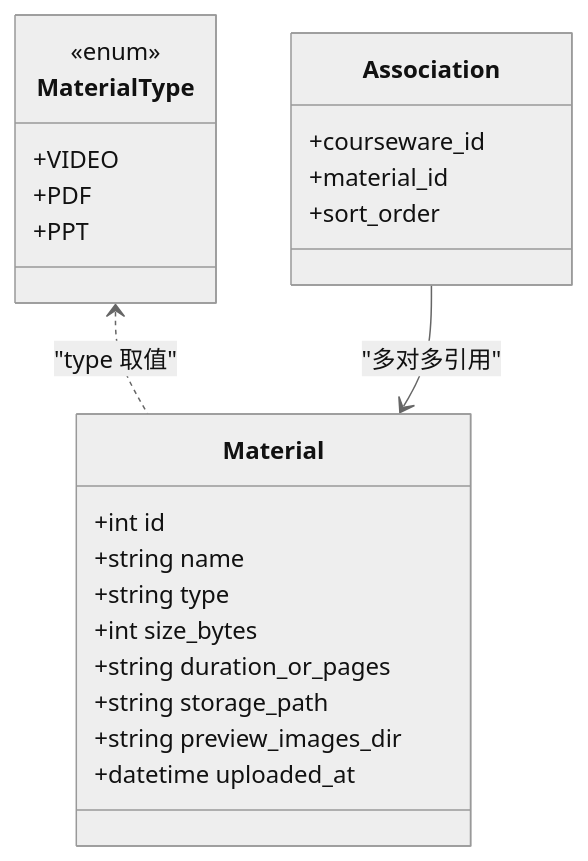
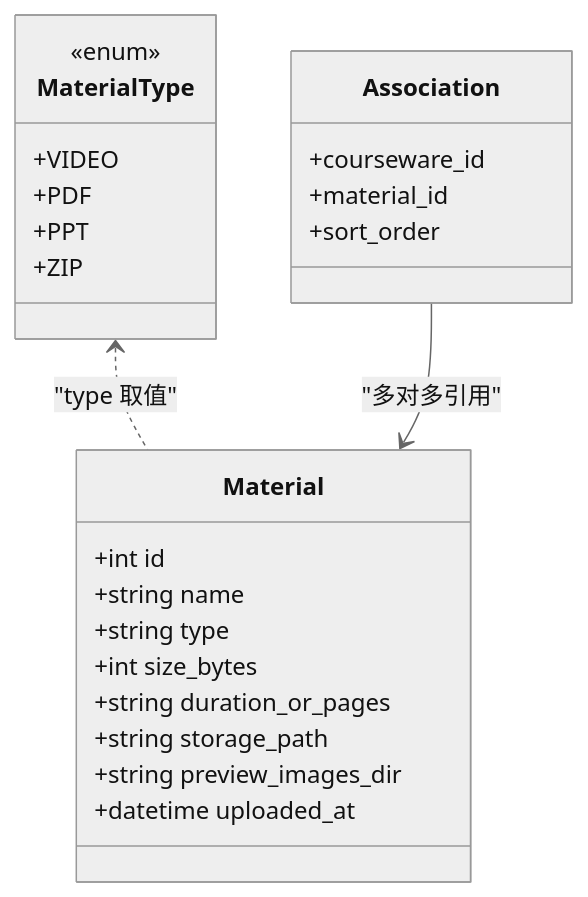
Before and after one commit to leo21cn/ai-learning-hub: the third of 7 diagrams in .qoder/repowiki/zh/content/后端开发指南/数据模型设计/素材模型(Material).md, drawn with Mermaid (neutral theme). The commit also changed other lines of this file and 41 other files, not shown here.

````diff
--- a/.qoder/repowiki/zh/content/后端开发指南/数据模型设计/素材模型(Material).md
+++ b/.qoder/repowiki/zh/content/后端开发指南/数据模型设计/素材模型(Material).md
@@ -166,26 +183,27 @@
 ```mermaid
 classDiagram
 class Material {
 +int id
 +string name
 +string type
 +int size_bytes
 +string duration_or_pages
 +string storage_path
 +string preview_images_dir
 +datetime uploaded_at
 }
 class MaterialType {
 <<enum>>
 +VIDEO
 +PDF
 +PPT
++ZIP
 }
 class Association {
 +courseware_id
 +material_id
 +sort_order
 }
 MaterialType <.. Material : "type 取值"
 Association --> Material : "多对多引用"
 ```
````
